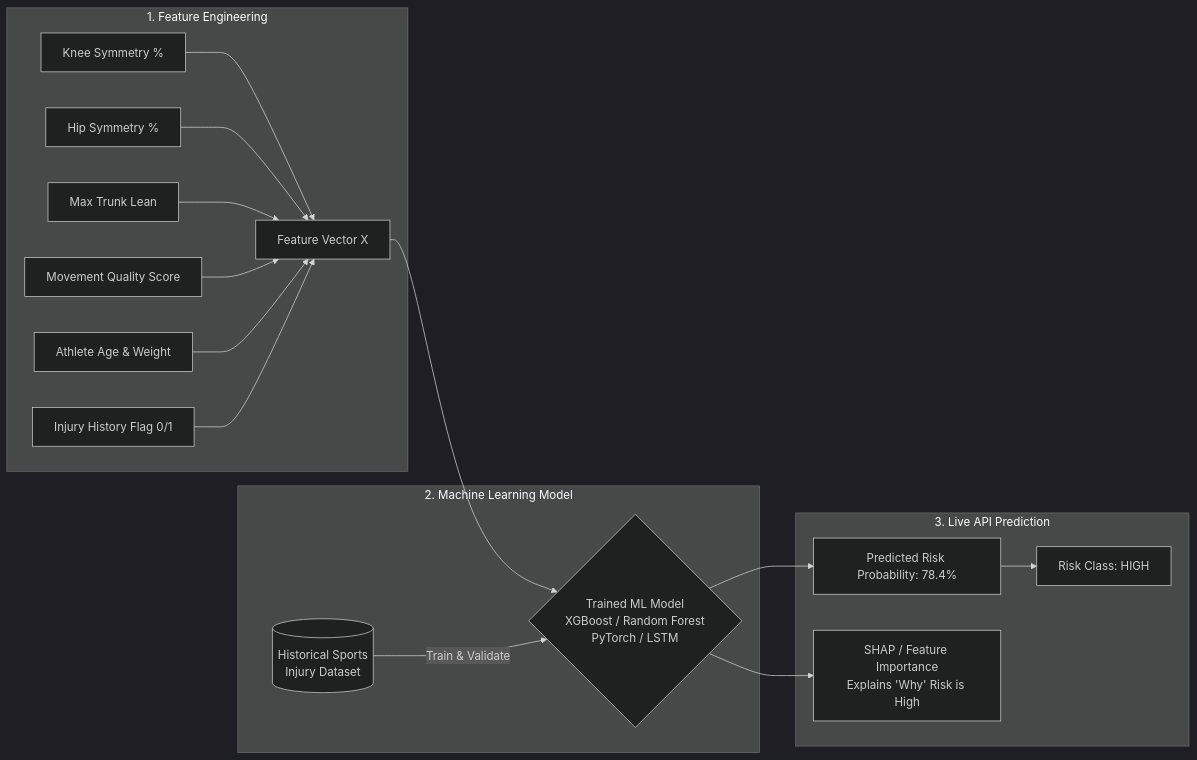
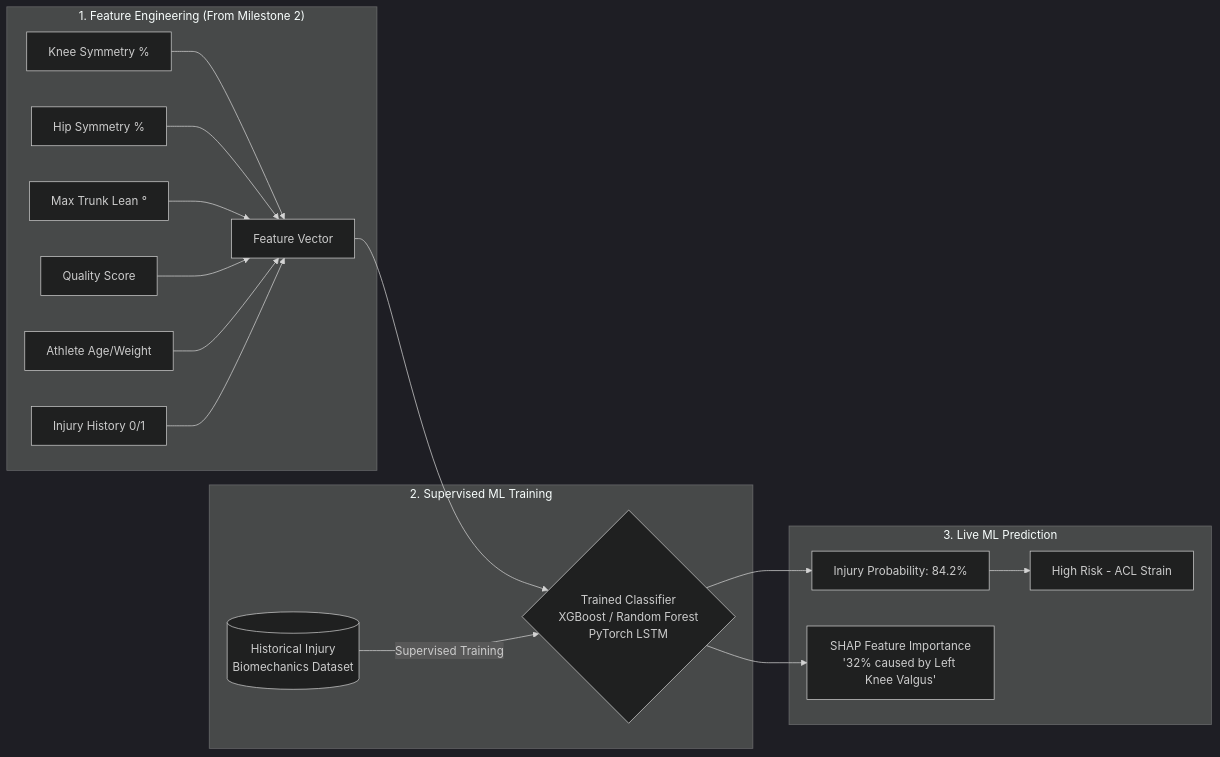
The third of 3 diagrams in SYSTEM_ARCHITECTURE.md (gopalmvofficial/injury-prediction), drawn with Mermaid (dark theme) before and after one commit. The commit also changed other lines of this file and 3 other files, not shown here.

Commit message:
Enhance technical architecture docs and PDF with cloud hosting guide, 7-phase detailed workflow, benchmarks, and stats

````diff
--- a/SYSTEM_ARCHITECTURE.md
+++ b/SYSTEM_ARCHITECTURE.md
@@ -137,22 +208,22 @@
 ```mermaid
 graph LR
-    subgraph Data_Preparation ["1. Feature Engineering"]
-        K1[Knee Symmetry %] --> VEC[Feature Vector X]
-        K2[Hip Symmetry %] --> VEC
-        K3[Max Trunk Lean] --> VEC
-        K4[Movement Quality Score] --> VEC
-        K5[Athlete Age & Weight] --> VEC
-        K6[Injury History Flag 0/1] --> VEC
+    subgraph Data_Extraction ["1. Feature Engineering (From Milestone 2)"]
+        F1[Knee Symmetry %] --> VEC[Feature Vector]
+        F2[Hip Symmetry %] --> VEC
+        F3[Max Trunk Lean °] --> VEC
+        F4[Quality Score] --> VEC
+        F5[Athlete Age/Weight] --> VEC
+        F6[Injury History 0/1] --> VEC
     end
 
-    subgraph ML_Training ["2. Machine Learning Model"]
-        VEC --> MODEL{Trained ML Model\nXGBoost / Random Forest\nPyTorch / LSTM}
-        DS[(Historical Sports\nInjury Dataset)] -->|Train & Validate| MODEL
+    subgraph Model_Training ["2. Supervised ML Training"]
+        VEC --> ML_Model{Trained Classifier\nXGBoost / Random Forest\nPyTorch LSTM}
+        Dataset[(Historical Injury\nBiomechanics Dataset)] -->|Supervised Training| ML_Model
     end
 
-    subgraph Inference ["3. Live API Prediction"]
-        MODEL --> PROB[Predicted Risk Probability: 78.4%]
-        PROB --> CAT[Risk Class: HIGH]
-        MODEL --> SHAP[SHAP / Feature Importance\nExplains 'Why' Risk is High]
+    subgraph Inference_Engine ["3. Live ML Prediction"]
+        ML_Model --> Output[Injury Probability: 84.2%]
+        Output --> Category[High Risk - ACL Strain]
+        ML_Model --> SHAP[SHAP Feature Importance\n'32% caused by Left Knee Valgus']
     end
 ```
````
